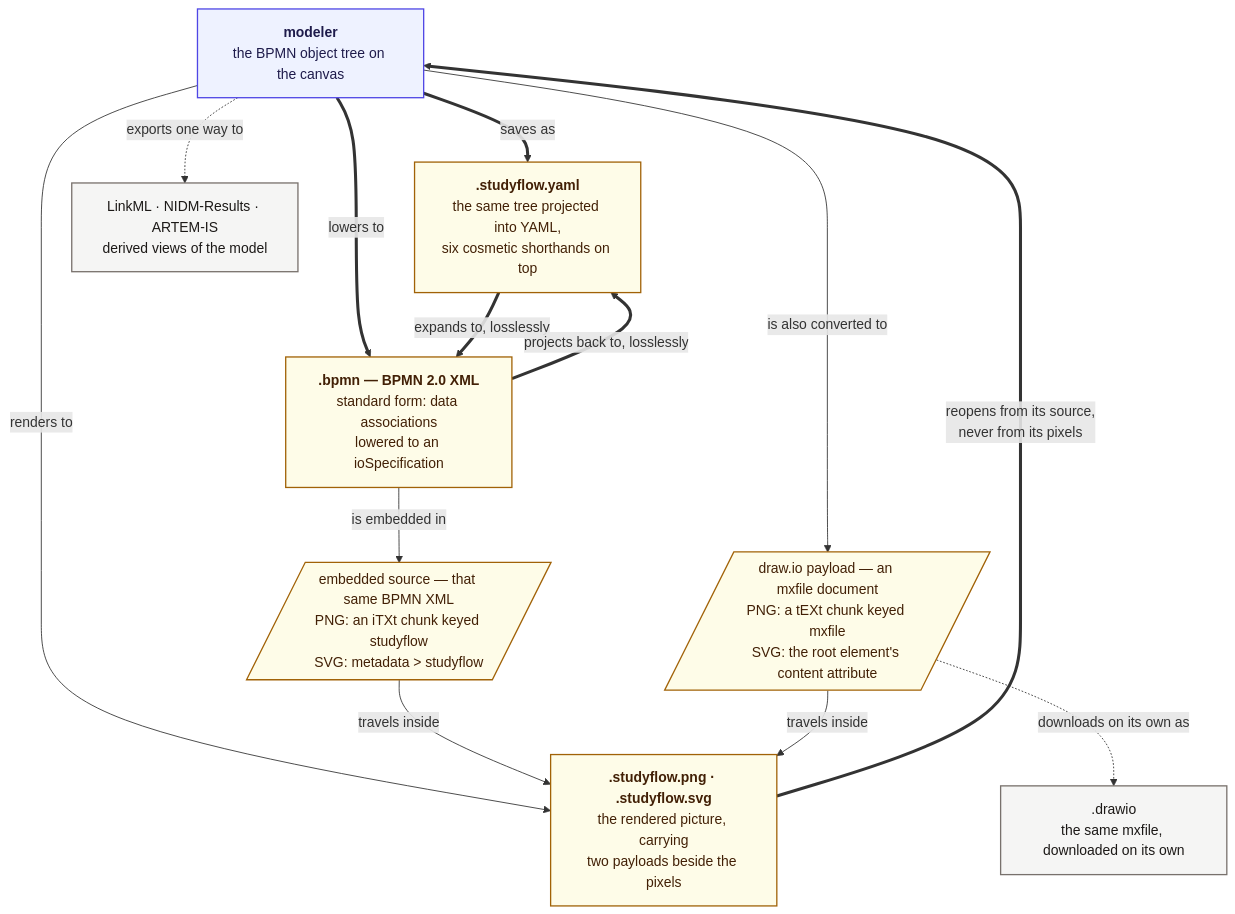
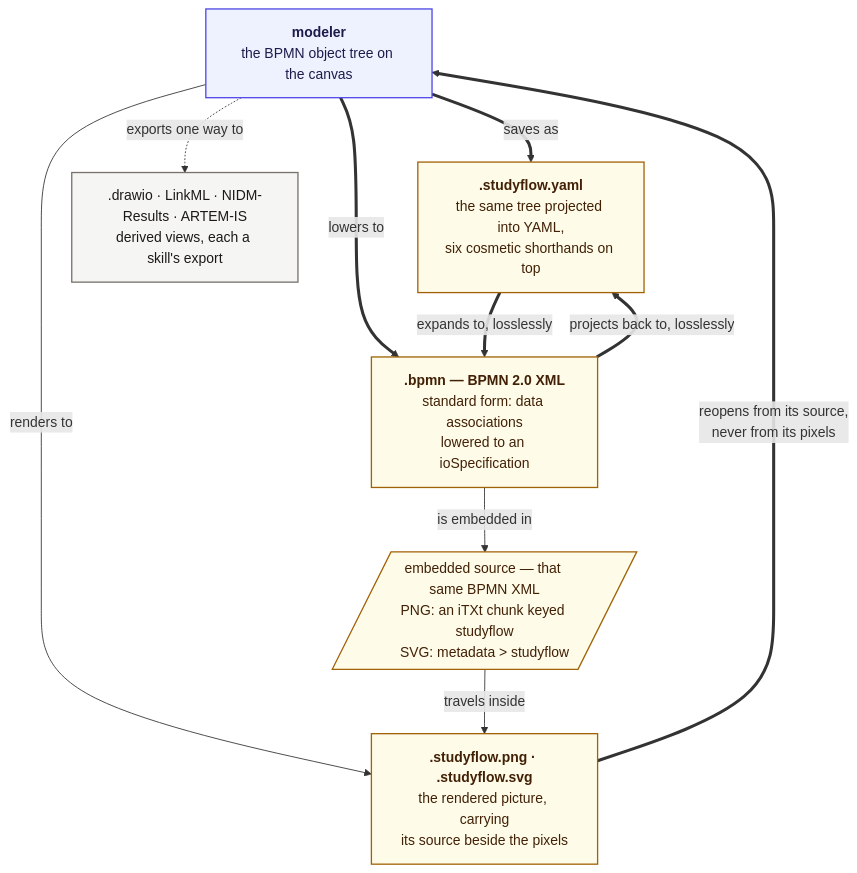
One commit to behaverse/studyflow-modeler changed the diagram in docs/assets/img/diagrams/file-format.mmd. Above: the diagram before and after it, drawn with Mermaid. The commit also changed 15 other files, not shown here.

First line of the commit message:
refactor: move the draw.io, LinkML and NIDM exports into skills

```diff
--- a/docs/assets/img/diagrams/file-format.mmd
+++ b/docs/assets/img/diagrams/file-format.mmd
@@ -1,45 +1,40 @@
 %% Regenerate: npx -y @mermaid-js/mermaid-cli -i file-format.mmd -o file-format.svg -c mermaid.config.json -b transparent
 %% The config keeps labels as plain SVG text (no foreignObject), so the .svg survives being embedded as an image.
 %% Thick arrows are the lossless hops; dotted arrows leave the round trip.
 flowchart TB
 
   MODELER["`**modeler**
   the BPMN object tree on the canvas`"]
 
   YAML["`**.studyflow.yaml**
   the same tree projected into YAML,
   six cosmetic shorthands on top`"]
   BPMN["`**.bpmn — BPMN 2.0 XML**
   standard form: data associations
   lowered to an ioSpecification`"]
 
   IMG["`**.studyflow.png · .studyflow.svg**
   the rendered picture, carrying
-  two payloads beside the pixels`"]
+  its source beside the pixels`"]
   SOURCE[/"embedded source — that same BPMN XML<br/>PNG: an iTXt chunk keyed studyflow<br/>SVG: metadata &gt; studyflow"/]
-  PAYLOAD[/"draw.io payload — an mxfile document<br/>PNG: a tEXt chunk keyed mxfile<br/>SVG: the root element's content attribute"/]
 
-  DRAWIO[".drawio<br/>the same mxfile, downloaded on its own"]
-  DERIVED["LinkML · NIDM-Results · ARTEM-IS<br/>derived views of the model"]
+  DERIVED[".drawio · LinkML · NIDM-Results · ARTEM-IS<br/>derived views, each a skill's export"]
 
   MODELER ==>|"saves as"| YAML
   MODELER ==>|"lowers to"| BPMN
   YAML ==>|"expands to, losslessly"| BPMN
   BPMN ==>|"projects back to, losslessly"| YAML
 
   MODELER -->|"renders to"| IMG
   BPMN -->|"is embedded in"| SOURCE
-  MODELER -->|"is also converted to"| PAYLOAD
   SOURCE -->|"travels inside"| IMG
-  PAYLOAD -->|"travels inside"| IMG
   IMG ==>|"reopens from its source,<br/>never from its pixels"| MODELER
 
-  PAYLOAD -.->|"downloads on its own as"| DRAWIO
   MODELER -.->|"exports one way to"| DERIVED
 
   classDef app fill:#eef2ff,stroke:#4f46e5,stroke-width:1.5px,color:#1e1b4b
   classDef file fill:#fefce8,stroke:#a16207,stroke-width:1.5px,color:#422006
   classDef oneway fill:#f5f5f4,stroke:#78716c,stroke-width:1.5px,color:#1c1917
   class MODELER app
-  class YAML,BPMN,IMG,SOURCE,PAYLOAD file
-  class DRAWIO,DERIVED oneway
+  class YAML,BPMN,IMG,SOURCE file
+  class DERIVED oneway
```
